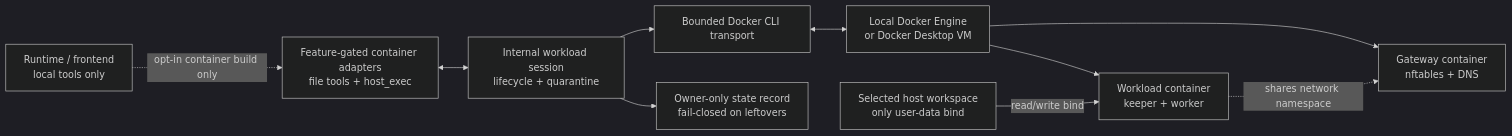
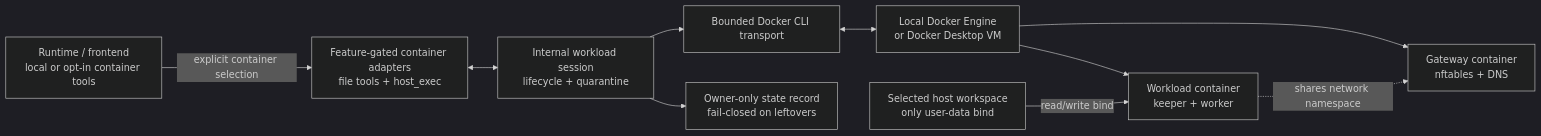
The second of 3 diagrams in README.md (immane/nexus-agent), drawn with Mermaid (dark theme) before and after one commit. The commit also changed other lines of this file, not shown here.

Commit message:
docs: update container and binary size status

````diff
--- a/README.md
+++ b/README.md
@@ -101,22 +113,22 @@
 ```mermaid
 flowchart LR
-    Runtime["Runtime / frontend<br/>local tools only"]
+    Runtime["Runtime / frontend<br/>local or opt-in container tools"]
     ContainerTools["Feature-gated container adapters<br/>file tools + host_exec"]
     Session["Internal workload session<br/>lifecycle + quarantine"]
     Transport["Bounded Docker CLI transport"]
     Owner["Owner-only state record<br/>fail-closed on leftovers"]
     Daemon["Local Docker Engine<br/>or Docker Desktop VM"]
     Gateway["Gateway container<br/>nftables + DNS"]
     Workload["Workload container<br/>keeper + worker"]
     Workspace["Selected host workspace<br/>only user-data bind"]
 
-    Runtime -. "opt-in container build only" .-> ContainerTools
+    Runtime -->|"explicit container selection"| ContainerTools
     ContainerTools <--> Session
     Session --> Transport
     Session --> Owner
     Transport <--> Daemon
     Daemon --> Gateway
     Daemon --> Workload
     Workload -. "shares network namespace" .-> Gateway
     Workspace -->|"read/write bind"| Workload
 ```
````
